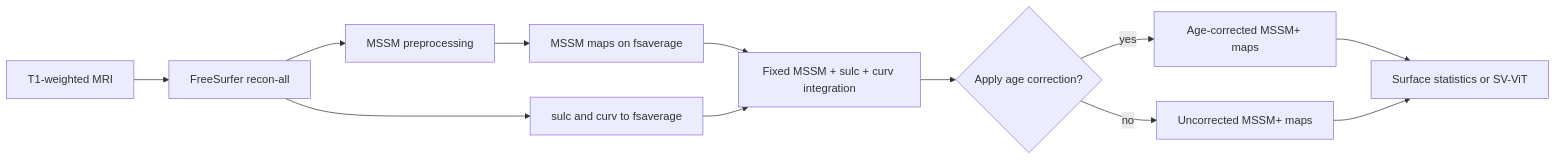
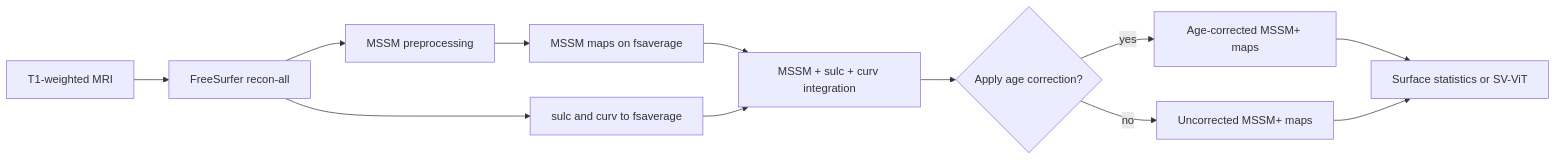
Before and after one commit to labhai/MSSMplus: the diagram in README.md, drawn with Mermaid. The commit also changed other lines of this file, not shown here.

````diff
--- a/README.md
+++ b/README.md
@@ -124,14 +124,14 @@
 ```mermaid
 flowchart LR
     A[T1-weighted MRI] --> B[FreeSurfer recon-all]
     B --> C[MSSM preprocessing]
     C --> D[MSSM maps on fsaverage]
     B --> E[sulc and curv to fsaverage]
-    D --> F[Fixed MSSM + sulc + curv integration]
+    D --> F[MSSM + sulc + curv integration]
     E --> F
     F --> G{Apply age correction?}
     G -->|yes| H[Age-corrected MSSM+ maps]
     G -->|no| I[Uncorrected MSSM+ maps]
     H --> J[Surface statistics or SV-ViT]
     I --> J
 ```
````
